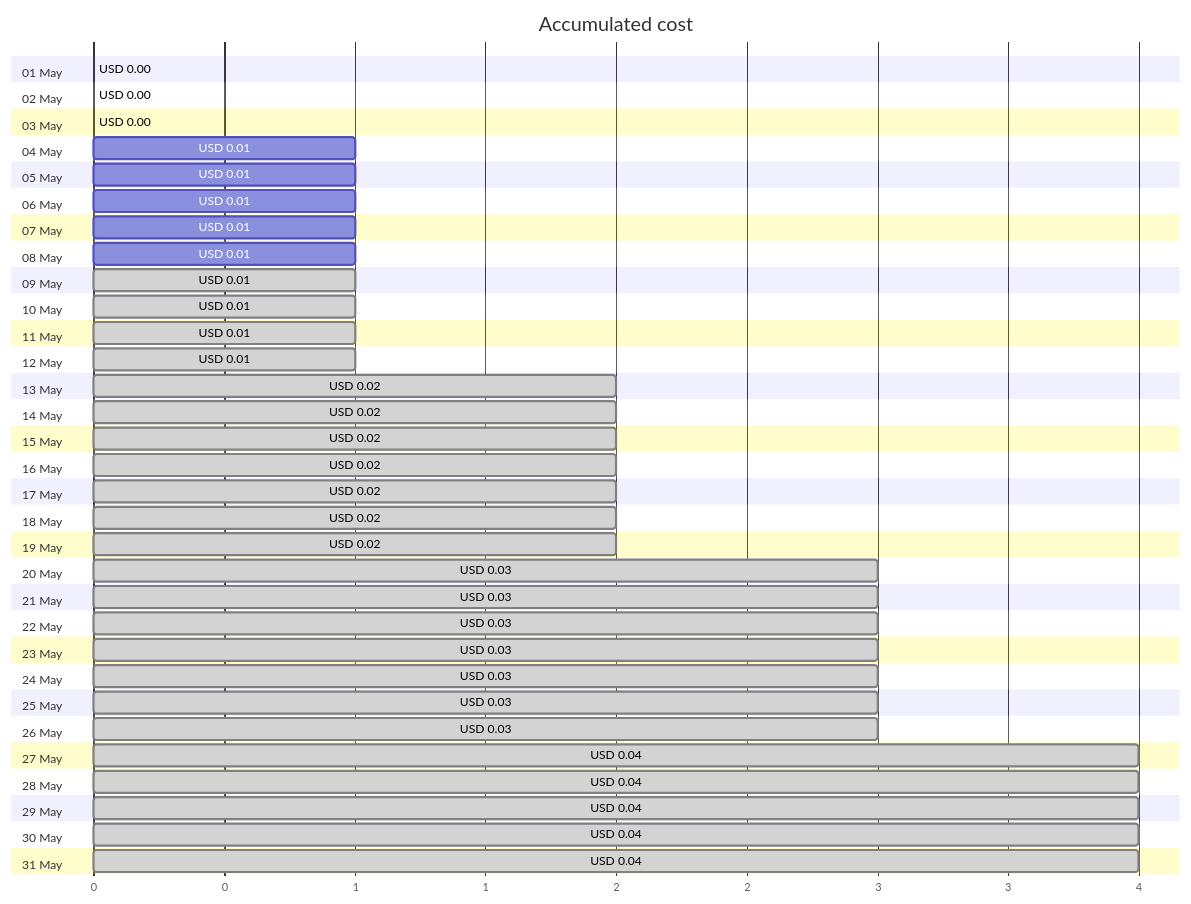
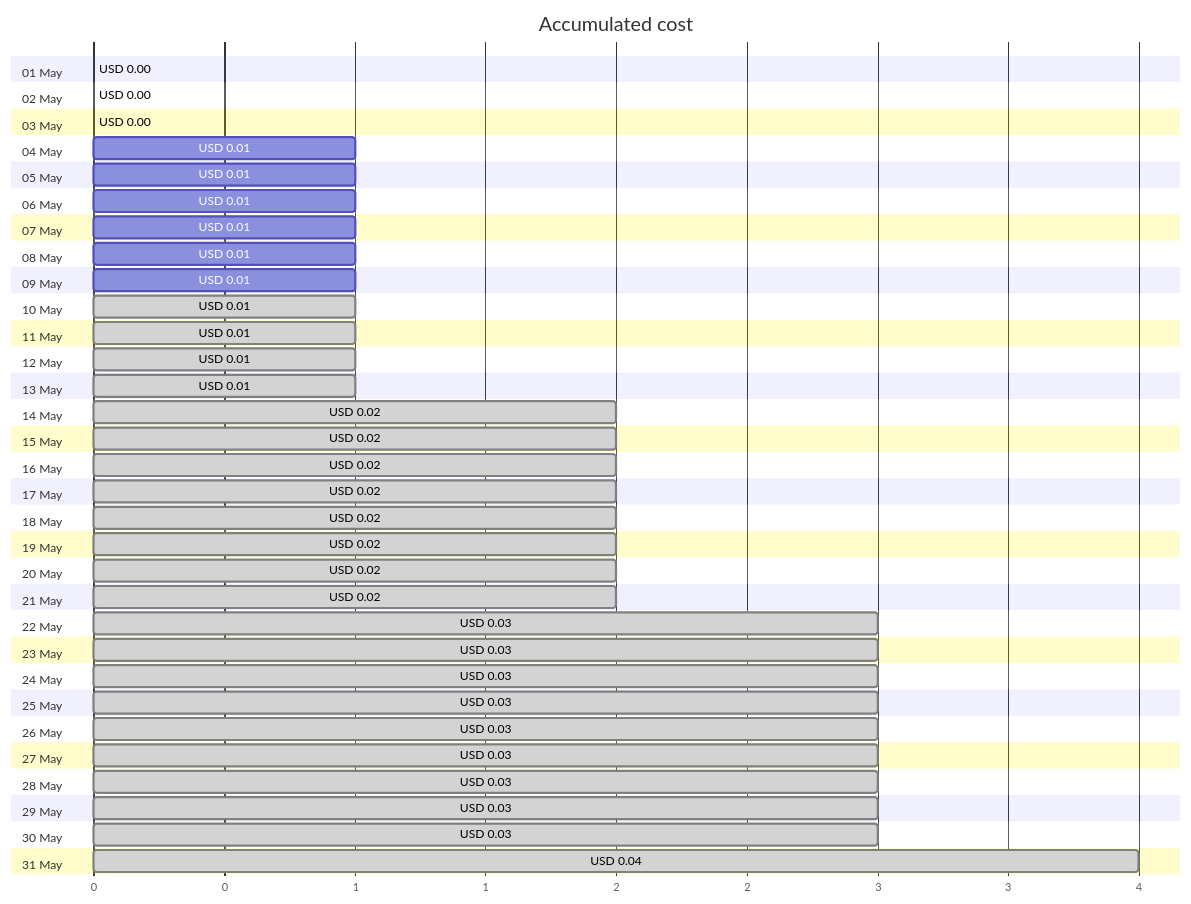
One commit to jpfulton/azure-personal-reports changed the first of 4 diagrams in cost-reports/personal-site/personalsiteapistorage.md. Above: the diagram before and after it, drawn with Mermaid. The commit also changed other lines of this file and 6 other files, not shown here.

````diff
--- a/cost-reports/personal-site/personalsiteapistorage.md
+++ b/cost-reports/personal-site/personalsiteapistorage.md
@@ -20,68 +20,68 @@
 ```mermaid
 gantt
    title Accumulated cost
    dateFormat  X
    axisFormat %s
    section 01 May
    USD 0.00 :0, 0
    section 02 May
    USD 0.00 :0, 0
    section 03 May
    USD 0.00 :0, 0
    section 04 May
    USD 0.01 :0, 1
    section 05 May
    USD 0.01 :0, 1
    section 06 May
    USD 0.01 :0, 1
    section 07 May
    USD 0.01 :0, 1
    section 08 May
    USD 0.01 :0, 1
    section 09 May
-   USD 0.01 : done, 0, 1
+   USD 0.01 :0, 1
    section 10 May
    USD 0.01 : done, 0, 1
    section 11 May
    USD 0.01 : done, 0, 1
    section 12 May
    USD 0.01 : done, 0, 1
    section 13 May
-   USD 0.02 : done, 0, 2
+   USD 0.01 : done, 0, 1
    section 14 May
    USD 0.02 : done, 0, 2
    section 15 May
    USD 0.02 : done, 0, 2
    section 16 May
    USD 0.02 : done, 0, 2
    section 17 May
    USD 0.02 : done, 0, 2
    section 18 May
    USD 0.02 : done, 0, 2
    section 19 May
    USD 0.02 : done, 0, 2
    section 20 May
-   USD 0.03 : done, 0, 3
+   USD 0.02 : done, 0, 2
    section 21 May
-   USD 0.03 : done, 0, 3
+   USD 0.02 : done, 0, 2
    section 22 May
    USD 0.03 : done, 0, 3
    section 23 May
    USD 0.03 : done, 0, 3
    section 24 May
    USD 0.03 : done, 0, 3
    section 25 May
    USD 0.03 : done, 0, 3
    section 26 May
    USD 0.03 : done, 0, 3
    section 27 May
-   USD 0.04 : done, 0, 4
+   USD 0.03 : done, 0, 3
    section 28 May
-   USD 0.04 : done, 0, 4
+   USD 0.03 : done, 0, 3
    section 29 May
-   USD 0.04 : done, 0, 4
+   USD 0.03 : done, 0, 3
    section 30 May
-   USD 0.04 : done, 0, 4
+   USD 0.03 : done, 0, 3
    section 31 May
    USD 0.04 : done, 0, 4
 ```
````
